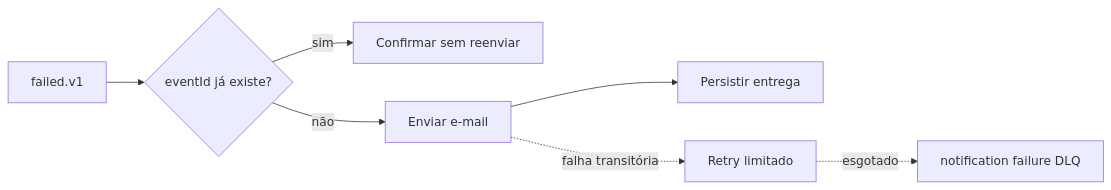
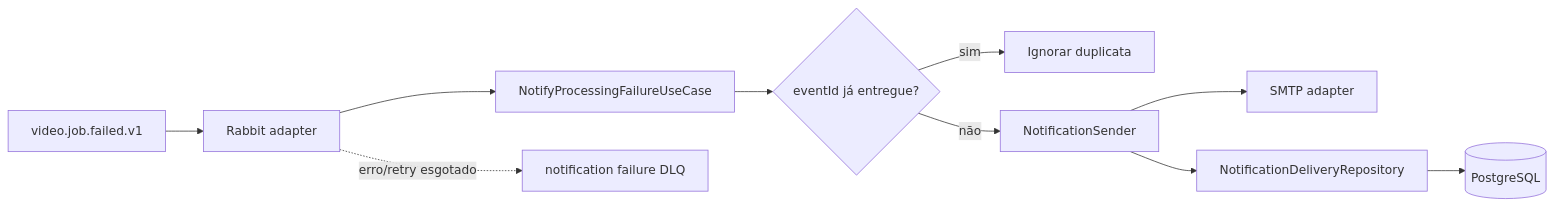
Before and after one commit to fiap-postech-team/fiapx-video-platform: the diagram in services/notification-worker/README.md, drawn with Mermaid. The commit also changed other lines of this file and 33 other files, not shown here.

````diff
--- a/services/notification-worker/README.md
+++ b/services/notification-worker/README.md
@@ -19,9 +79,12 @@
 ```mermaid
 flowchart LR
-    EVENT[failed.v1] --> EXISTS{eventId já existe?}
-    EXISTS -->|sim| ACK[Confirmar sem reenviar]
-    EXISTS -->|não| MAIL[Enviar e-mail]
-    MAIL --> SAVE[Persistir entrega]
-    MAIL -. falha transitória .-> RETRY[Retry limitado]
-    RETRY -. esgotado .-> DLQ[notification failure DLQ]
+    EVENT[video.job.failed.v1] --> LISTENER[Rabbit adapter]
+    LISTENER --> USECASE[NotifyProcessingFailureUseCase]
+    USECASE --> EXISTS{eventId já entregue?}
+    EXISTS -->|sim| ACK[Ignorar duplicata]
+    EXISTS -->|não| MAIL[NotificationSender]
+    MAIL --> SMTP[SMTP adapter]
+    MAIL --> SAVE[NotificationDeliveryRepository]
+    SAVE --> DB[(PostgreSQL)]
+    LISTENER -. erro/retry esgotado .-> DLQ[notification failure DLQ]
 ```
````
